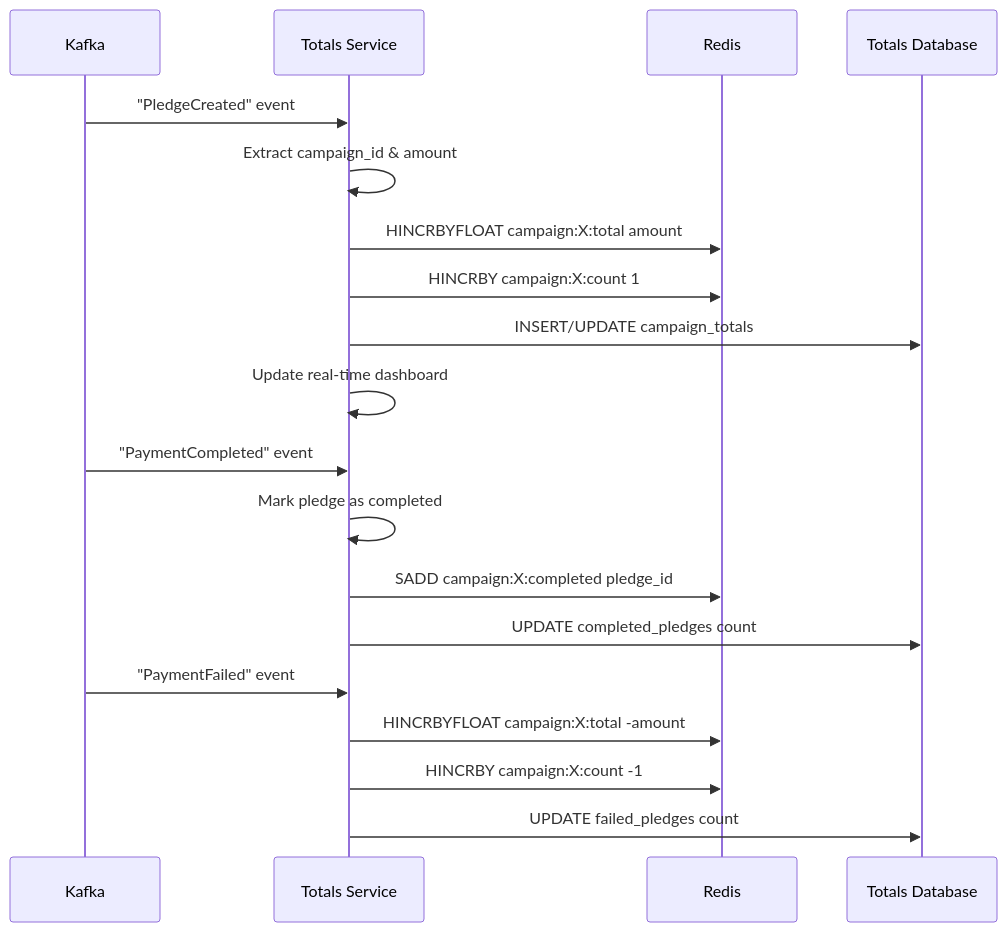
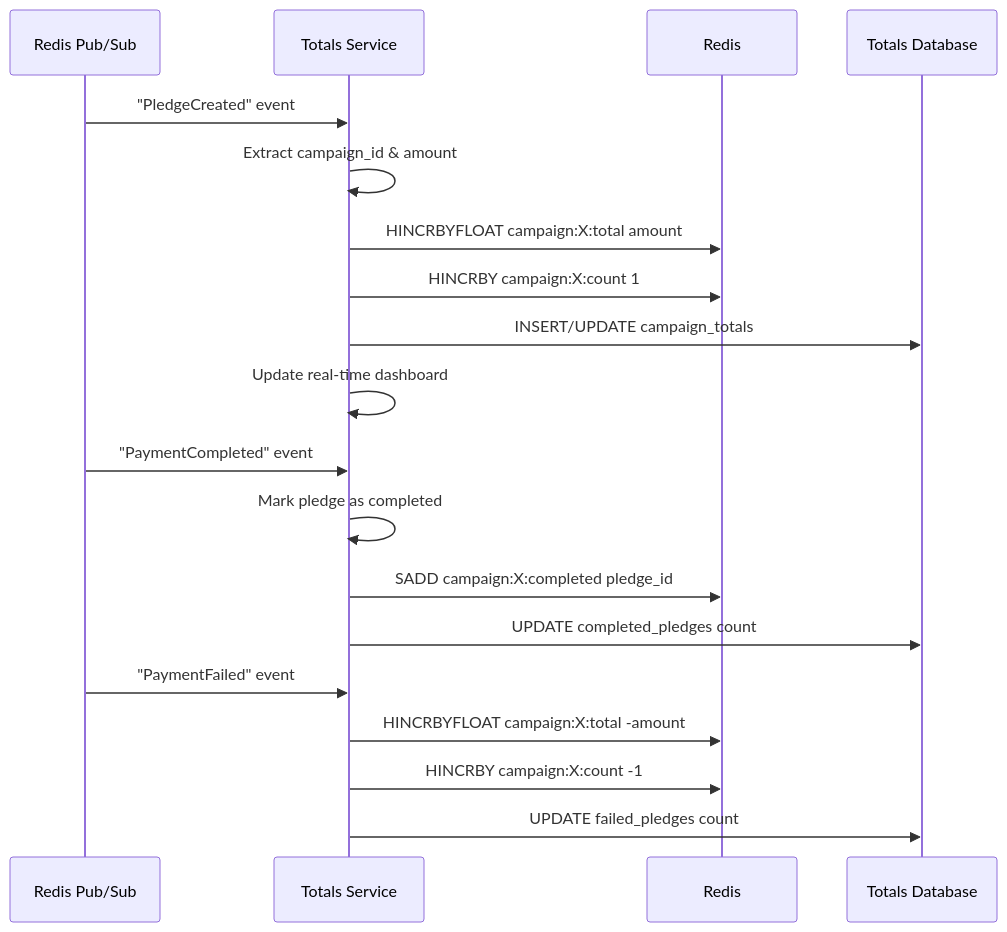
One commit to SM-Shaan/API_Hackathon_Innovatrix changed the ninth of 20 diagrams in docs/others/SYSTEM_FLOW.md. Above: the diagram before and after it, drawn with Mermaid. The commit also changed other lines of this file and 5 other files, not shown here.

First line of the commit message:
docs: add comprehensive architecture diagrams to README

````diff
--- a/docs/others/SYSTEM_FLOW.md
+++ b/docs/others/SYSTEM_FLOW.md
@@ -253,26 +253,26 @@
 ```mermaid
 sequenceDiagram
-    participant Kafka
+    participant RedisPubSub as Redis Pub/Sub
     participant TotalsSvc as Totals Service
     participant Redis
     participant TotalsDB as Totals Database
-    
-    Kafka->>TotalsSvc: "PledgeCreated" event
+
+    RedisPubSub->>TotalsSvc: "PledgeCreated" event
     TotalsSvc->>TotalsSvc: Extract campaign_id & amount
-    
+
     TotalsSvc->>Redis: HINCRBYFLOAT campaign:X:total amount
     TotalsSvc->>Redis: HINCRBY campaign:X:count 1
-    
+
     TotalsSvc->>TotalsDB: INSERT/UPDATE campaign_totals
     TotalsSvc->>TotalsSvc: Update real-time dashboard
-    
-    Kafka->>TotalsSvc: "PaymentCompleted" event
+
+    RedisPubSub->>TotalsSvc: "PaymentCompleted" event
     TotalsSvc->>TotalsSvc: Mark pledge as completed
     TotalsSvc->>Redis: SADD campaign:X:completed pledge_id
     TotalsSvc->>TotalsDB: UPDATE completed_pledges count
-    
-    Kafka->>TotalsSvc: "PaymentFailed" event
+
+    RedisPubSub->>TotalsSvc: "PaymentFailed" event
     TotalsSvc->>Redis: HINCRBYFLOAT campaign:X:total -amount
     TotalsSvc->>Redis: HINCRBY campaign:X:count -1
     TotalsSvc->>TotalsDB: UPDATE failed_pledges count
 ```
````
